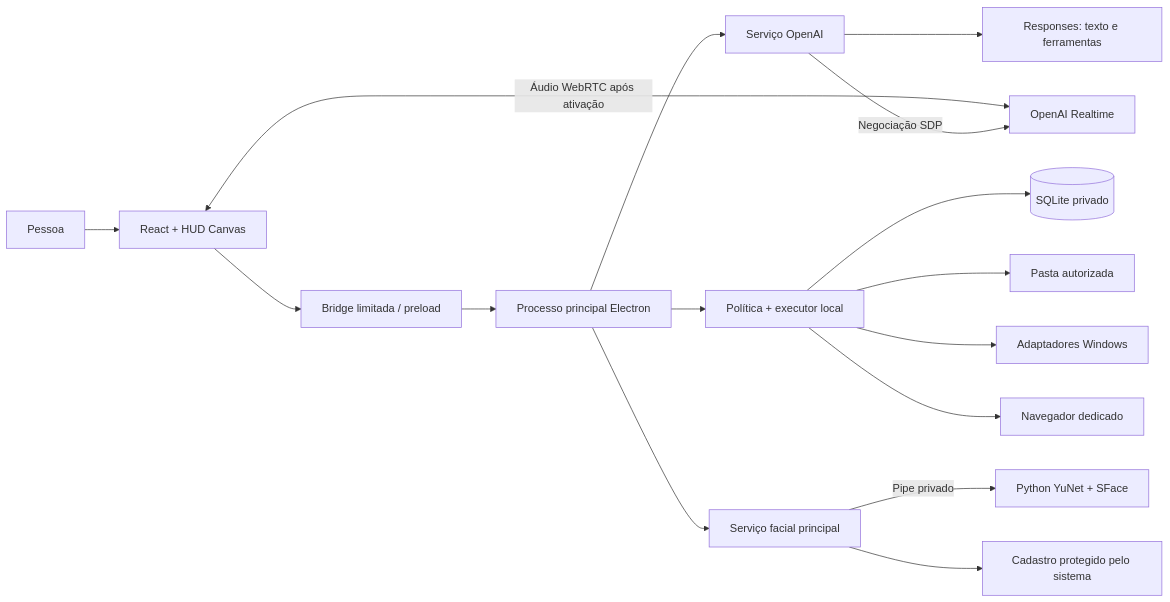
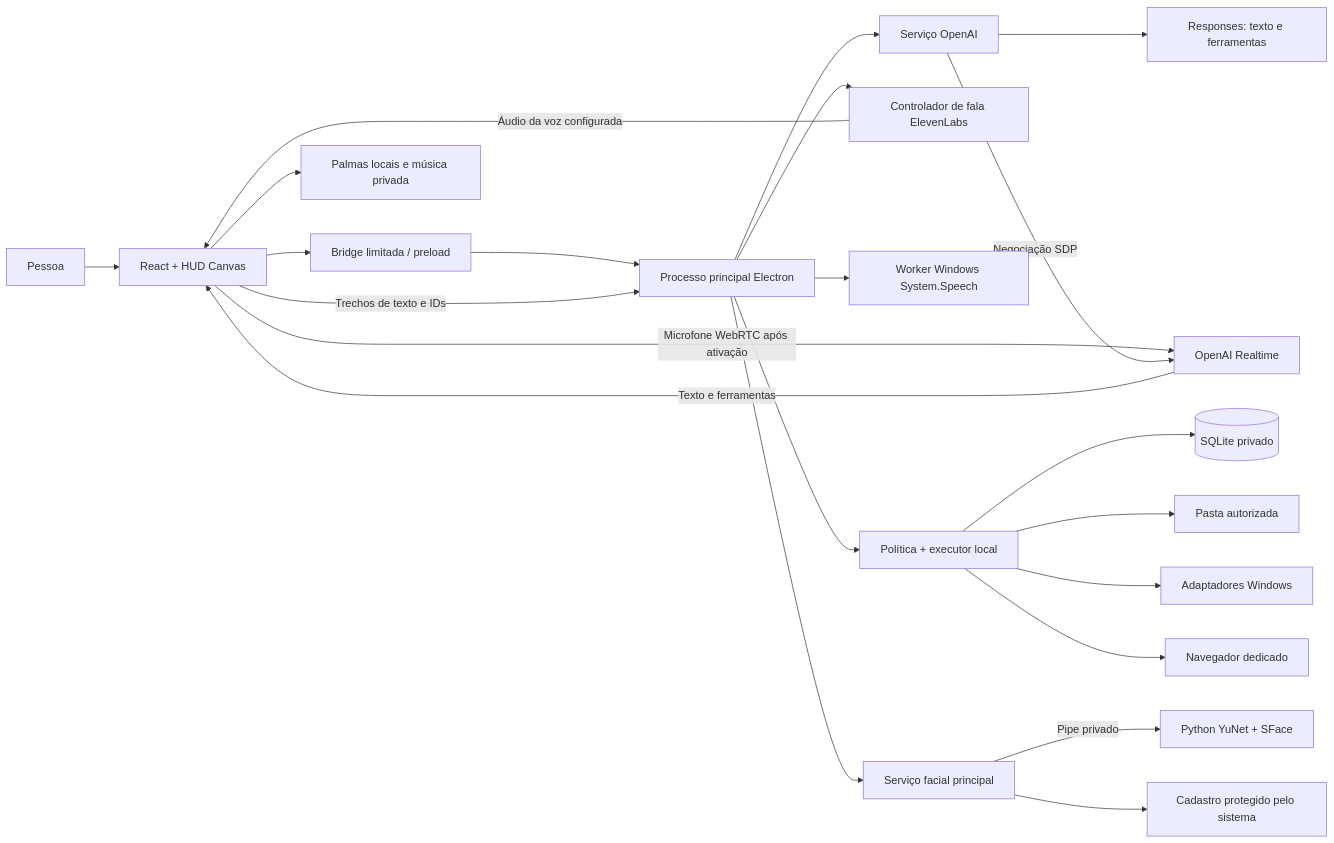
The diagram in docs/architecture.md (Gleysonp-Dev/GleysonSilva-Jarvis), drawn with Mermaid before and after one commit. The commit also changed other lines of this file and 44 other files, not shown here.

Commit message:
Add cloned Jarvis conversation voice, local wake standby and private greeting music

````diff
--- a/docs/architecture.md
+++ b/docs/architecture.md
@@ -7,18 +7,24 @@
 ```mermaid
 flowchart LR
     Pessoa[Pessoa] --> UI[React + HUD Canvas]
     UI --> Bridge[Bridge limitada / preload]
     Bridge --> Main[Processo principal Electron]
     Main --> Provider[Serviço OpenAI]
     Provider --> Responses[Responses: texto e ferramentas]
-    UI <-->|Áudio WebRTC após ativação| Realtime[OpenAI Realtime]
+    UI -->|Microfone WebRTC após ativação| Realtime[OpenAI Realtime]
+    Realtime -->|Texto e ferramentas| UI
     Provider -->|Negociação SDP| Realtime
+    UI -->|Trechos de texto e IDs| Main
+    Main --> Speech[Controlador de fala ElevenLabs]
+    Speech -->|Áudio da voz configurada| UI
+    UI --> Standby[Palmas locais e música privada]
+    Main --> Wake[Worker Windows System.Speech]
     Main --> Runtime[Política + executor local]
     Runtime --> DB[(SQLite privado)]
     Runtime --> Files[Pasta autorizada]
     Runtime --> Apps[Adaptadores Windows]
     Runtime --> Browser[Navegador dedicado]
     Main --> Vision[Serviço facial principal]
     Vision -->|Pipe privado| Worker[Python YuNet + SFace]
     Vision --> Protected[Cadastro protegido pelo sistema]
 ```
````
